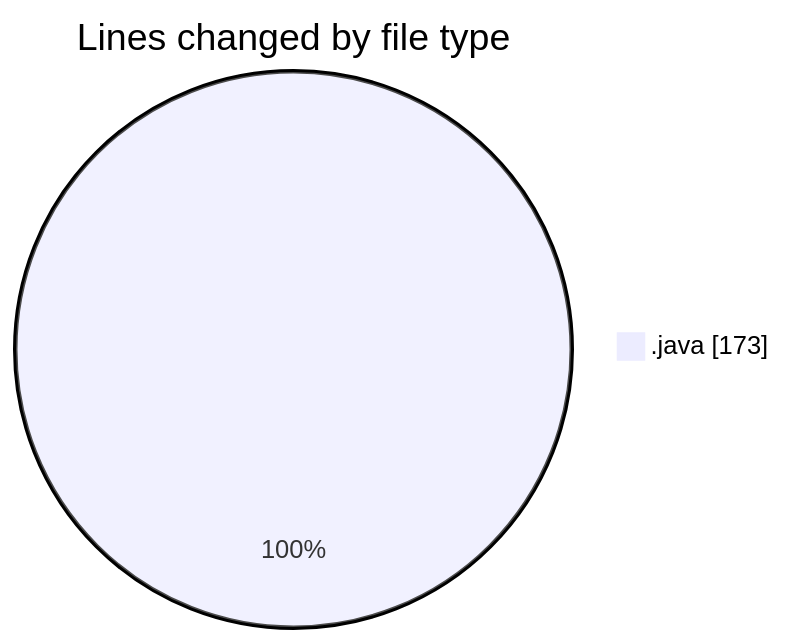
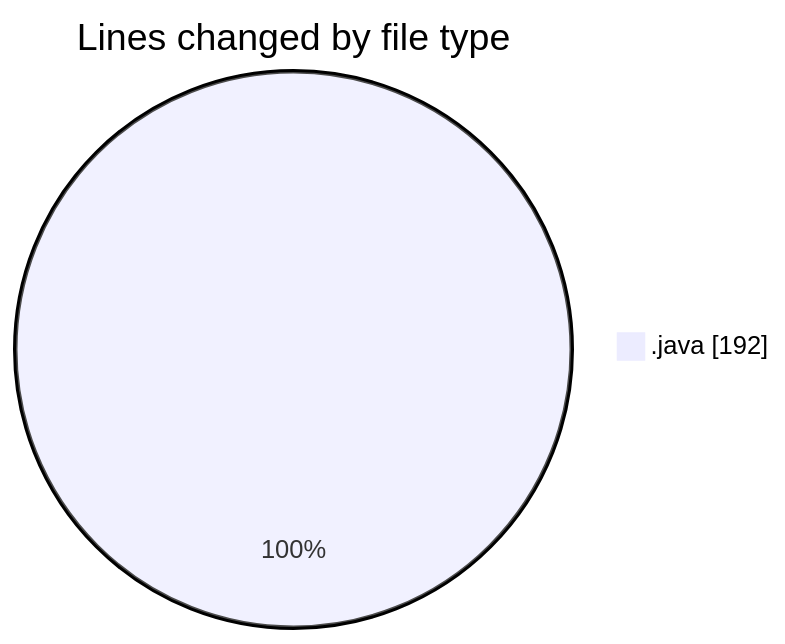
Before and after one commit to ricardozamudiocil/code-tracking: the first of 2 diagrams in 2026-04-30/cilapp/README.md, drawn with Mermaid. The commit also changed other lines of this file and 1 other file, not shown here.

````diff
--- a/2026-04-30/cilapp/README.md
+++ b/2026-04-30/cilapp/README.md
@@ -21,5 +22,5 @@
 ```mermaid
 pie showData
 title Lines changed by file type
-".java" : 173
+".java" : 192
 ```
````
